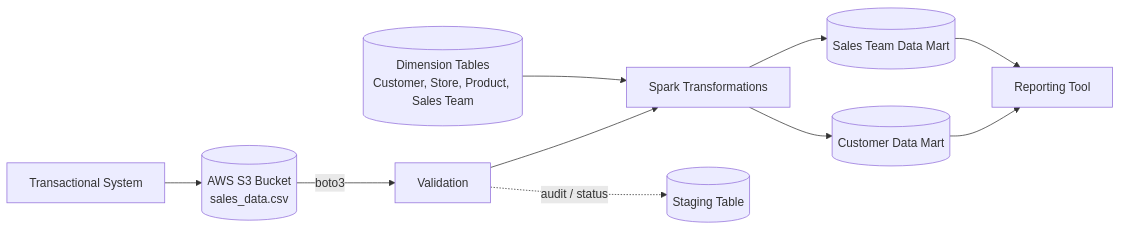
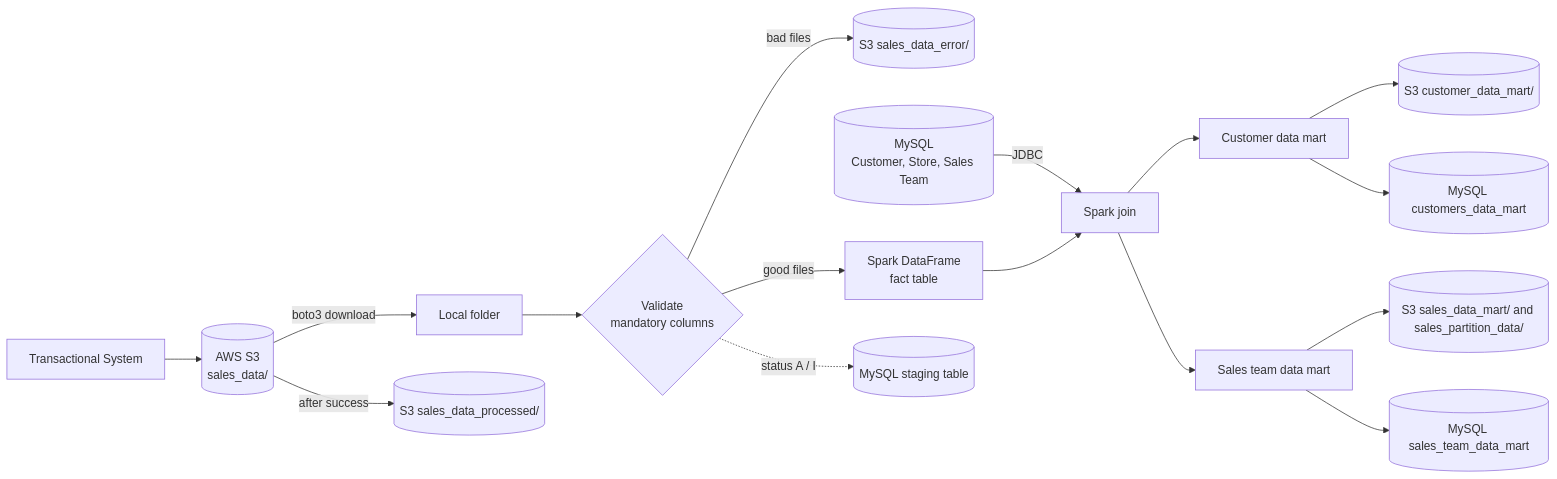
The diagram in README.md (suryanshuna100/Retail-Sales-Data-Engineering-Pipeline-Spark-AWS-S3-), drawn with Mermaid before and after one commit. The commit also changed other lines of this file, not shown here.

````diff
--- a/README.md
+++ b/README.md
@@ -47,12 +51,18 @@
 ```mermaid
 flowchart LR
-    A[Transactional System] --> B[(AWS S3 Bucket<br/>sales_data.csv)]
-    B -->|boto3| C[Validation]
-    C --> D[Spark Transformations]
-    E[(Dimension Tables<br/>Customer, Store, Product, Sales Team)] --> D
-    D --> F[(Customer Data Mart)]
-    D --> G[(Sales Team Data Mart)]
-    C -.->|audit / status| H[(Staging Table)]
-    F --> I[Reporting Tool]
-    G --> I
+    A[Transactional System] --> B[(AWS S3<br/>sales_data/)]
+    B -->|boto3 download| C[Local folder]
+    C --> D{Validate<br/>mandatory columns}
+    D -->|bad files| X[(S3 sales_data_error/)]
+    D -->|good files| E[Spark DataFrame<br/>fact table]
+    H[(MySQL<br/>Customer, Store, Sales Team)] -->|JDBC| F[Spark join]
+    E --> F
+    F --> G[Customer data mart]
+    F --> I[Sales team data mart]
+    G --> J[(S3 customer_data_mart/)]
+    I --> K[(S3 sales_data_mart/ and sales_partition_data/)]
+    G --> L[(MySQL customers_data_mart)]
+    I --> M[(MySQL sales_team_data_mart)]
+    D -.->|status A / I| N[(MySQL staging table)]
+    B -->|after success| P[(S3 sales_data_processed/)]
 ```
````
